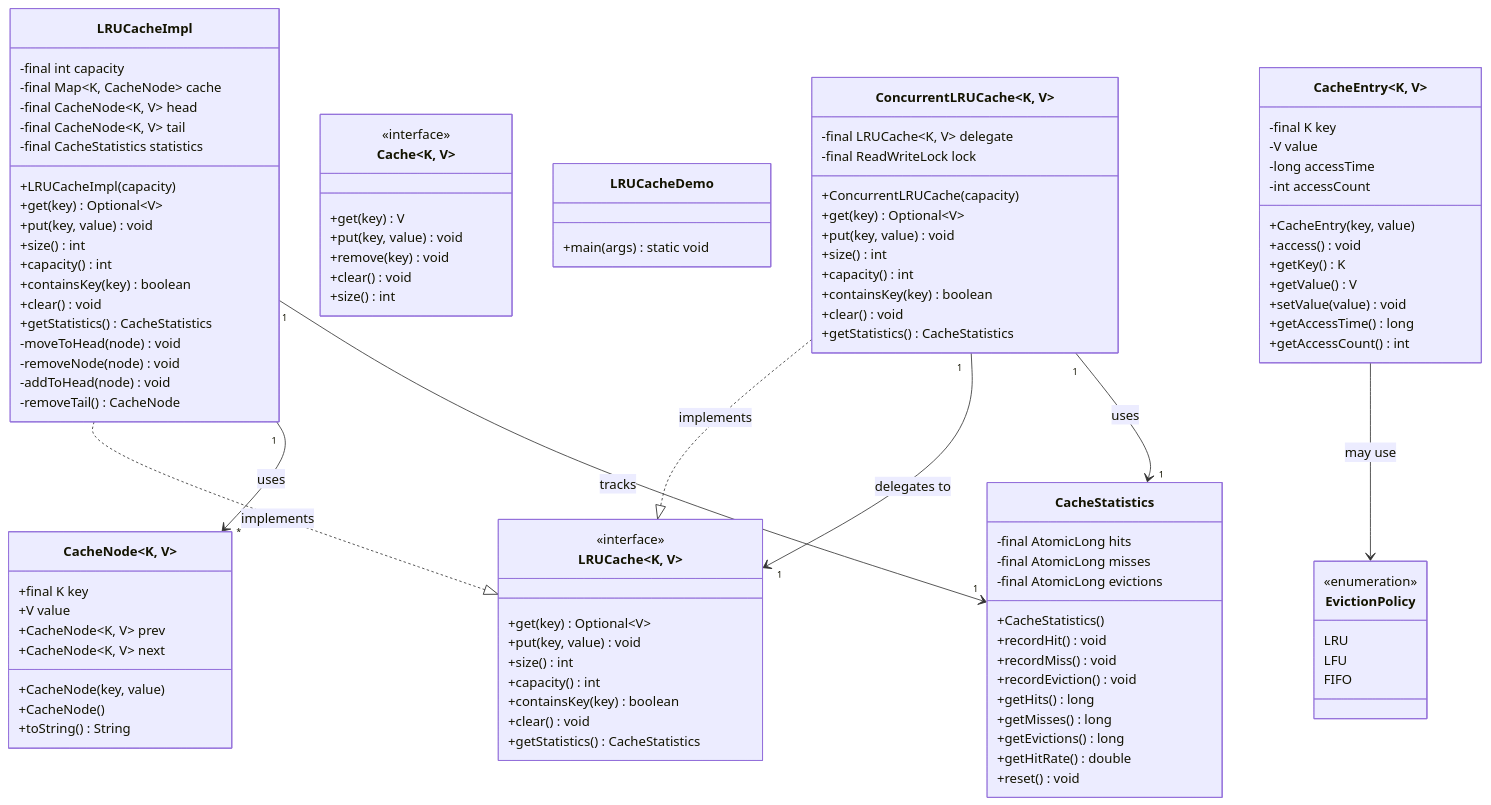
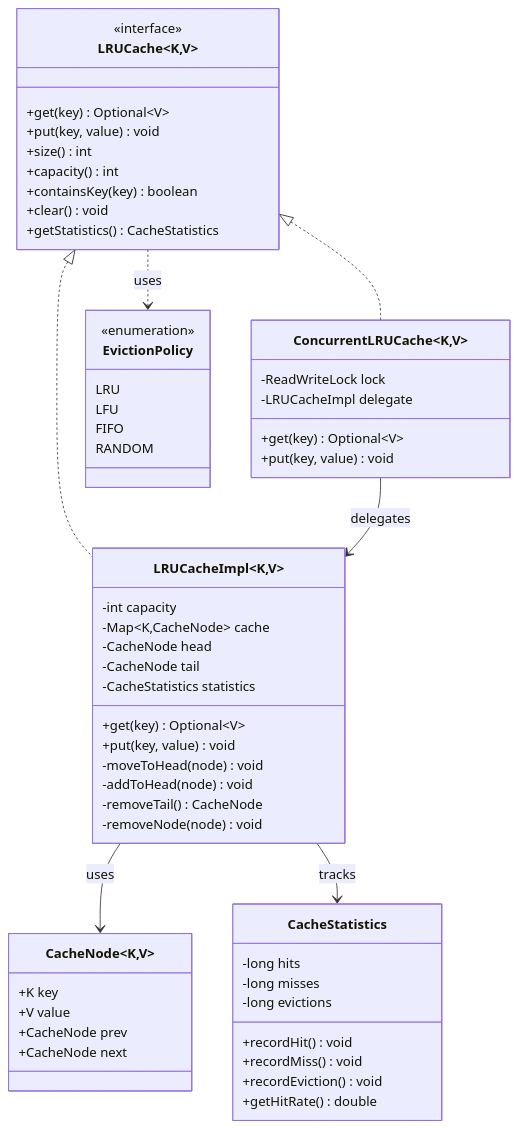
Before and after one commit to dlkr18/lld-playbook: the diagram in docs/problems/lrucache/README.md, drawn with Mermaid. The commit also changed other lines of this file and 306 other files, not shown here.

````diff
--- a/docs/problems/lrucache/README.md
+++ b/docs/problems/lrucache/README.md
@@ -87,37 +85,6 @@
 ```mermaid
 classDiagram
-
-    class LRUCacheImpl {
-        -final int capacity
-        -final Map~K, CacheNode~ cache
-        -final CacheNode~K, V~ head
-        -final CacheNode~K, V~ tail
-        -final CacheStatistics statistics
-        +LRUCacheImpl(capacity)
-        +get(key) Optional~V~
-        +put(key, value) void
-        +size() int
-        +capacity() int
-        +containsKey(key) boolean
-        +clear() void
-        +getStatistics() CacheStatistics
-        -moveToHead(node) void
-        -removeNode(node) void
-        -addToHead(node) void
-        -removeTail() CacheNode
-    }
-
-    class CacheNode~K, V~ {
-        +final K key
-        +V value
-        +CacheNode~K, V~ prev
-        +CacheNode~K, V~ next
-        +CacheNode(key, value)
-        +CacheNode()
-        +toString() String
-    }
-
-    class LRUCache~K, V~ {
+    class LRUCache~K,V~ {
         <<interface>>
         +get(key) Optional~V~
         +put(key, value) void
@@ -128,59 +95,42 @@
         +getStatistics() CacheStatistics
     }
 
-    class Cache~K, V~ {
-        <<interface>>
-        +get(key) V
+    class LRUCacheImpl~K,V~ {
+        -int capacity
+        -Map~K,CacheNode~ cache
+        -CacheNode head
+        -CacheNode tail
+        -CacheStatistics statistics
+        +get(key) Optional~V~
         +put(key, value) void
-        +remove(key) void
-        +clear() void
-        +size() int
+        -moveToHead(node) void
+        -addToHead(node) void
+        -removeTail() CacheNode
+        -removeNode(node) void
     }
 
-    class LRUCacheDemo {
-        +main(args) static void
+    class ConcurrentLRUCache~K,V~ {
+        -ReadWriteLock lock
+        -LRUCacheImpl delegate
+        +get(key) Optional~V~
+        +put(key, value) void
+    }
+
+    class CacheNode~K,V~ {
+        +K key
+        +V value
+        +CacheNode prev
+        +CacheNode next
     }
 
     class CacheStatistics {
-        -final AtomicLong hits
-        -final AtomicLong misses
-        -final AtomicLong evictions
-        +CacheStatistics()
+        -long hits
+        -long misses
+        -long evictions
         +recordHit() void
         +recordMiss() void
         +recordEviction() void
-        +getHits() long
-        +getMisses() long
-        +getEvictions() long
         +getHitRate() double
-        +reset() void
-    }
-
-    class ConcurrentLRUCache~K, V~ {
-        -final LRUCache~K, V~ delegate
-        -final ReadWriteLock lock
-        +ConcurrentLRUCache(capacity)
-        +get(key) Optional~V~
-        +put(key, value) void
-        +size() int
-        +capacity() int
-        +containsKey(key) boolean
-        +clear() void
-        +getStatistics() CacheStatistics
-    }
-
-    class CacheEntry~K, V~ {
-        -final K key
-        -V value
-        -long accessTime
-        -int accessCount
-        +CacheEntry(key, value)
-        +access() void
-        +getKey() K
-        +getValue() V
-        +setValue(value) void
-        +getAccessTime() long
-        +getAccessCount() int
     }
 
     class EvictionPolicy {
@@ -188,16 +138,13 @@
         LRU
         LFU
         FIFO
+        RANDOM
     }
 
-    %% Implementation relationships
-    LRUCacheImpl ..|> LRUCache : implements
-    ConcurrentLRUCache ..|> LRUCache : implements
-
-    %% Composition relationships
-    LRUCacheImpl "1" --> "*" CacheNode : uses
-    LRUCacheImpl "1" --> "1" CacheStatistics : tracks
-    ConcurrentLRUCache "1" --> "1" LRUCache : delegates to
-    ConcurrentLRUCache "1" --> "1" CacheStatistics : uses
-    CacheEntry --> EvictionPolicy : may use
+    LRUCache~K,V~ <|.. LRUCacheImpl~K,V~
+    LRUCache~K,V~ <|.. ConcurrentLRUCache~K,V~
+    LRUCacheImpl~K,V~ --> CacheNode~K,V~ : uses
+    LRUCacheImpl~K,V~ --> CacheStatistics : tracks
+    ConcurrentLRUCache~K,V~ --> LRUCacheImpl~K,V~ : delegates
+    LRUCache~K,V~ ..> EvictionPolicy : uses
 ```
````
